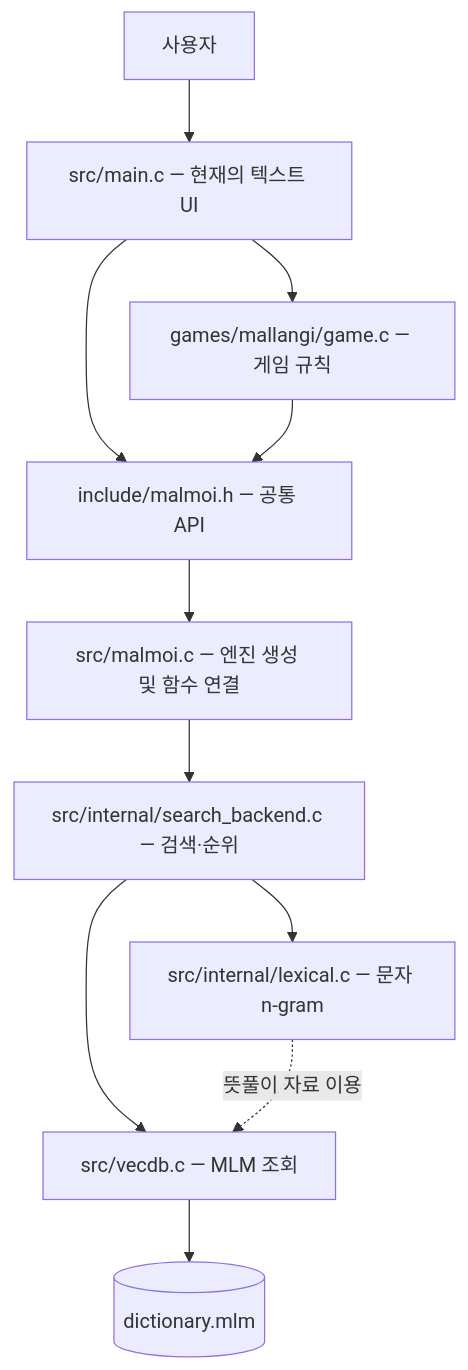
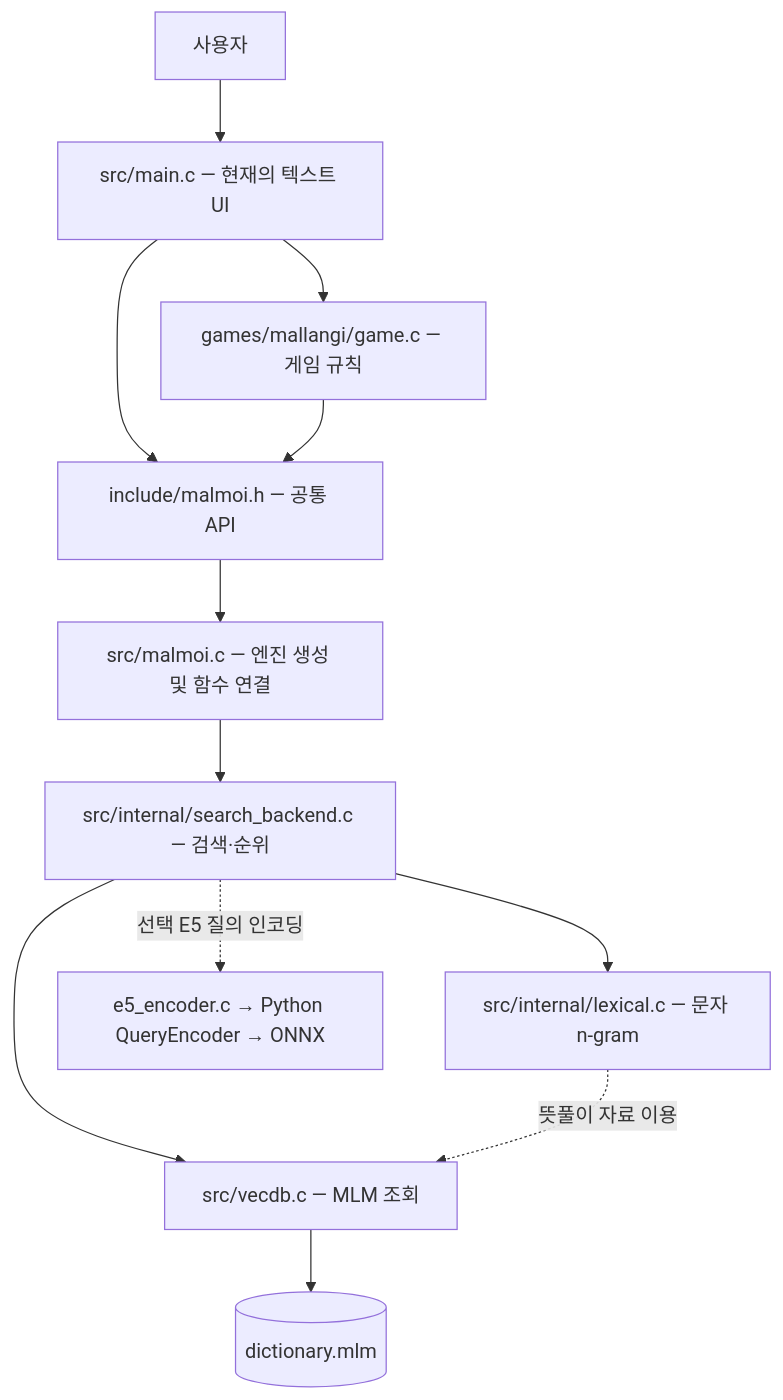
Before and after one commit to SuwonJ/malmoi: the first of 5 diagrams in docs/ARCHITECTURE.md, drawn with Mermaid. The commit also changed other lines of this file and 29 other files, not shown here.

````diff
--- a/docs/ARCHITECTURE.md
+++ b/docs/ARCHITECTURE.md
@@ -13,13 +13,14 @@
 ```mermaid
 flowchart TB
     User["사용자"] --> App["src/main.c — 현재의 텍스트 UI"]
     App --> API["include/malmoi.h — 공통 API"]
     App --> Game["games/mallangi/game.c — 게임 규칙"]
     Game --> API
     API --> Facade["src/malmoi.c — 엔진 생성 및 함수 연결"]
     Facade --> Search["src/internal/search_backend.c — 검색·순위"]
     Search --> Lex["src/internal/lexical.c — 문자 n-gram"]
+    Search -. "선택 E5 질의 인코딩" .-> E5["e5_encoder.c → Python QueryEncoder → ONNX"]
     Search --> Vec["src/vecdb.c — MLM 조회"]
     Lex -. "뜻풀이 자료 이용" .-> Vec
     Vec --> DB[("dictionary.mlm")]
 ```
````
